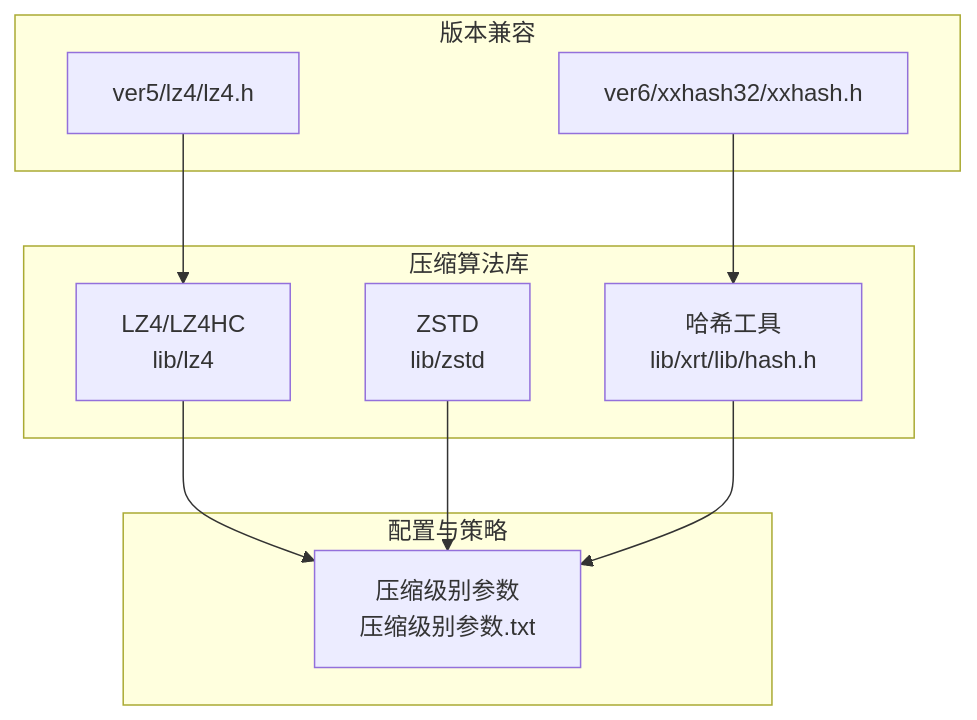
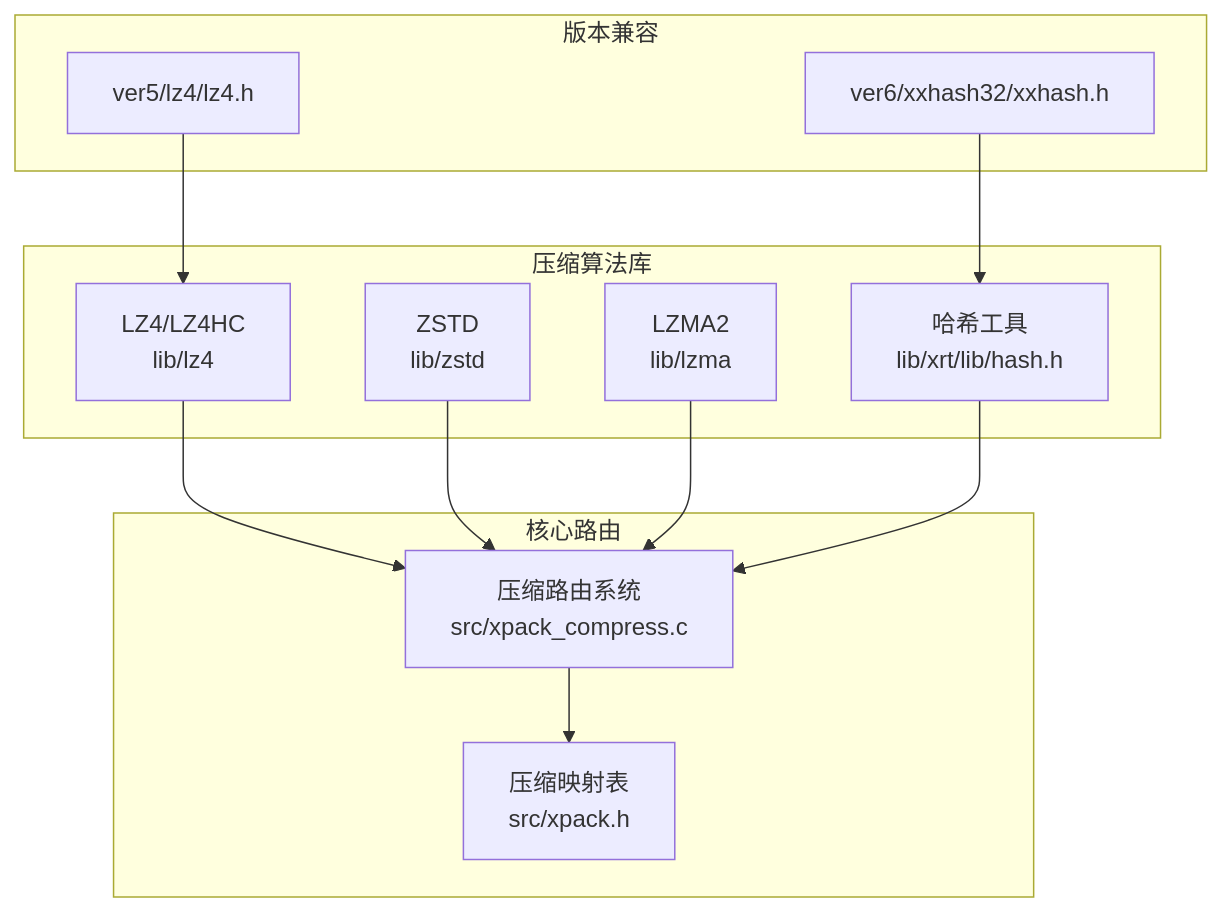
Before and after one commit to xywhsoft/xpack: the first of 5 diagrams in .qoder/repowiki/zh/content/压缩算法集成/压缩算法集成.md, drawn with Mermaid. The commit also changed other lines of this file and 23 other files, not shown here.

````diff
--- a/.qoder/repowiki/zh/content/压缩算法集成/压缩算法集成.md
+++ b/.qoder/repowiki/zh/content/压缩算法集成/压缩算法集成.md
@@ -45,20 +59,24 @@
 ```mermaid
 graph TB
 subgraph "压缩算法库"
 LZ4["LZ4/LZ4HC<br/>lib/lz4"]
 ZSTD["ZSTD<br/>lib/zstd"]
+LZMA2["LZMA2<br/>lib/lzma"]
 HASH["哈希工具<br/>lib/xrt/lib/hash.h"]
 end
 subgraph "版本兼容"
 V5LZ4["ver5/lz4/lz4.h"]
 XXH32["ver6/xxhash32/xxhash.h"]
 end
-subgraph "配置与策略"
-LEVELS["压缩级别参数<br/>压缩级别参数.txt"]
+subgraph "核心路由"
+ROUTER["压缩路由系统<br/>src/xpack_compress.c"]
+TABLE["压缩映射表<br/>src/xpack.h"]
 end
-LZ4 --> LEVELS
-ZSTD --> LEVELS
-HASH --> LEVELS
+LZ4 --> ROUTER
+ZSTD --> ROUTER
+LZMA2 --> ROUTER
+HASH --> ROUTER
 V5LZ4 --> LZ4
 XXH32 --> HASH
+ROUTER --> TABLE
 ```
````
